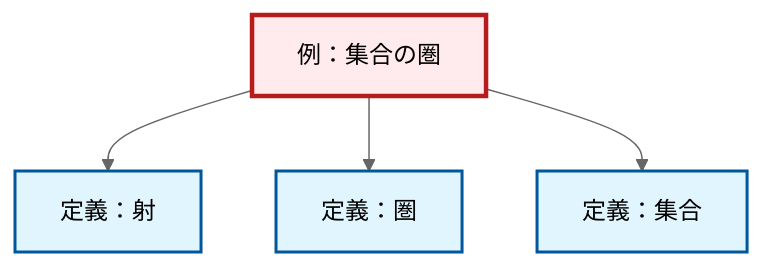
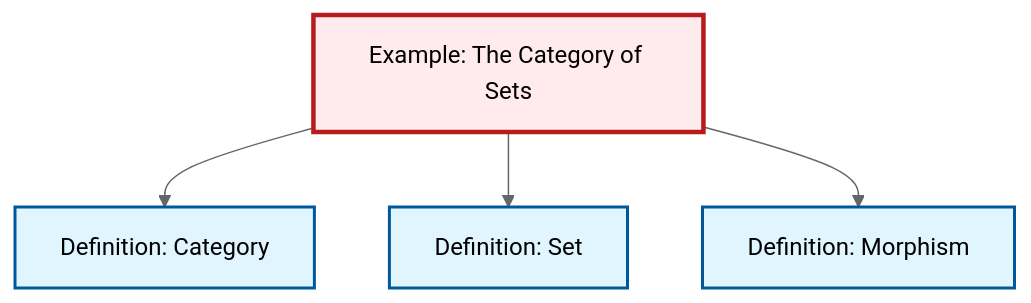
Before and after one commit to RK0429/ModernMath: the diagram in content/ja/category-theory/ex-set-category.qmd, drawn with Mermaid (neutral theme). The commit also changed 203 other files, not shown here.

````diff
--- a/content/ja/category-theory/ex-set-category.qmd
+++ b/content/ja/category-theory/ex-set-category.qmd
@@ -69,21 +69,17 @@
 ```{mermaid}
-%%| fig-cap: "ローカル依存関係グラフ"
+%%| fig-cap: "Local dependency graph"
 graph TD
     classDef definition fill:#e1f5fe,stroke:#01579b,stroke-width:2px
     classDef theorem fill:#f3e5f5,stroke:#4a148c,stroke-width:2px
     classDef axiom fill:#fff3e0,stroke:#e65100,stroke-width:2px
     classDef example fill:#e8f5e9,stroke:#1b5e20,stroke-width:2px
     classDef current fill:#ffebee,stroke:#b71c1c,stroke-width:3px
-    ex-set-category["例：集合の圏"]:::example
-    def-morphism["定義：射"]:::definition
-    def-set["定義：集合"]:::definition
-    def-category["定義：圏"]:::definition
-    ex-set-category --> def-morphism
+    def-category["Definition: Category"]:::definition
+    def-set["Definition: Set"]:::definition
+    def-morphism["Definition: Morphism"]:::definition
+    ex-set-category["Example: The Category of Sets"]:::example
     ex-set-category --> def-category
     ex-set-category --> def-set
+    ex-set-category --> def-morphism
     class ex-set-category current
-
-    click def-morphism "def-morphism.html" "Go to 定義：射"
-    click def-set "def-set.html" "Go to 定義：集合"
-    click def-category "def-category.html" "Go to 定義：圏"
 ```
````
